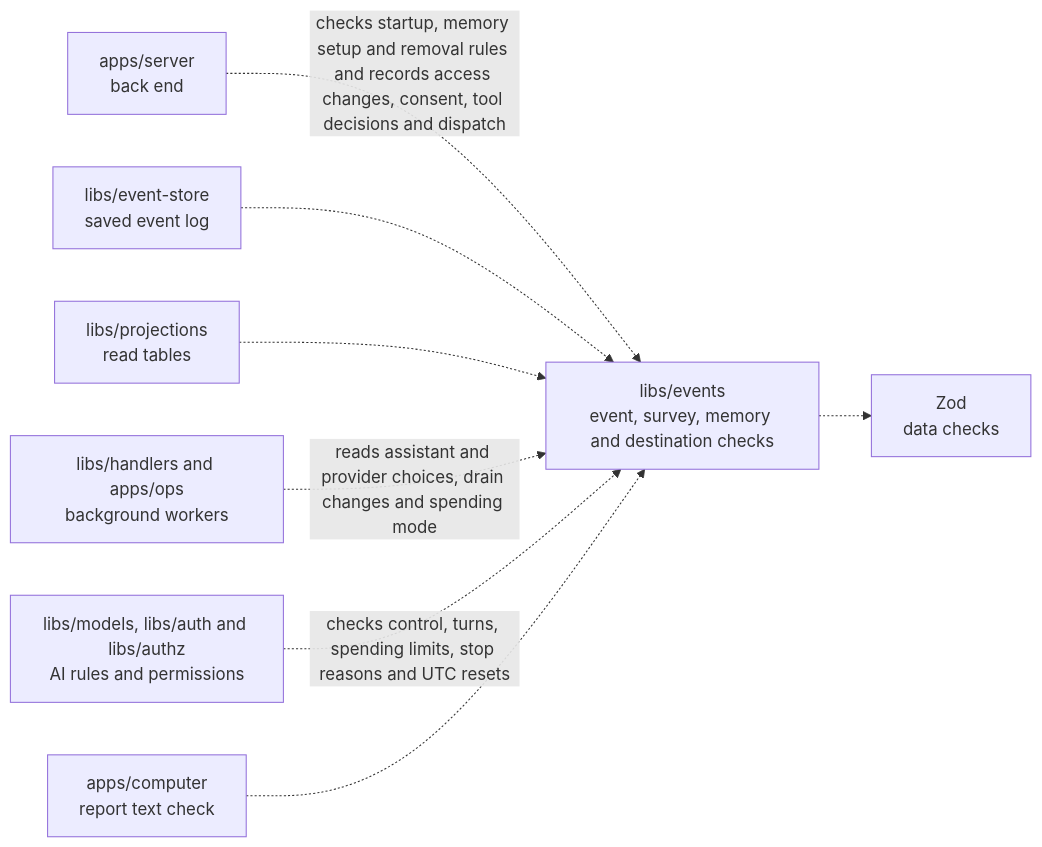
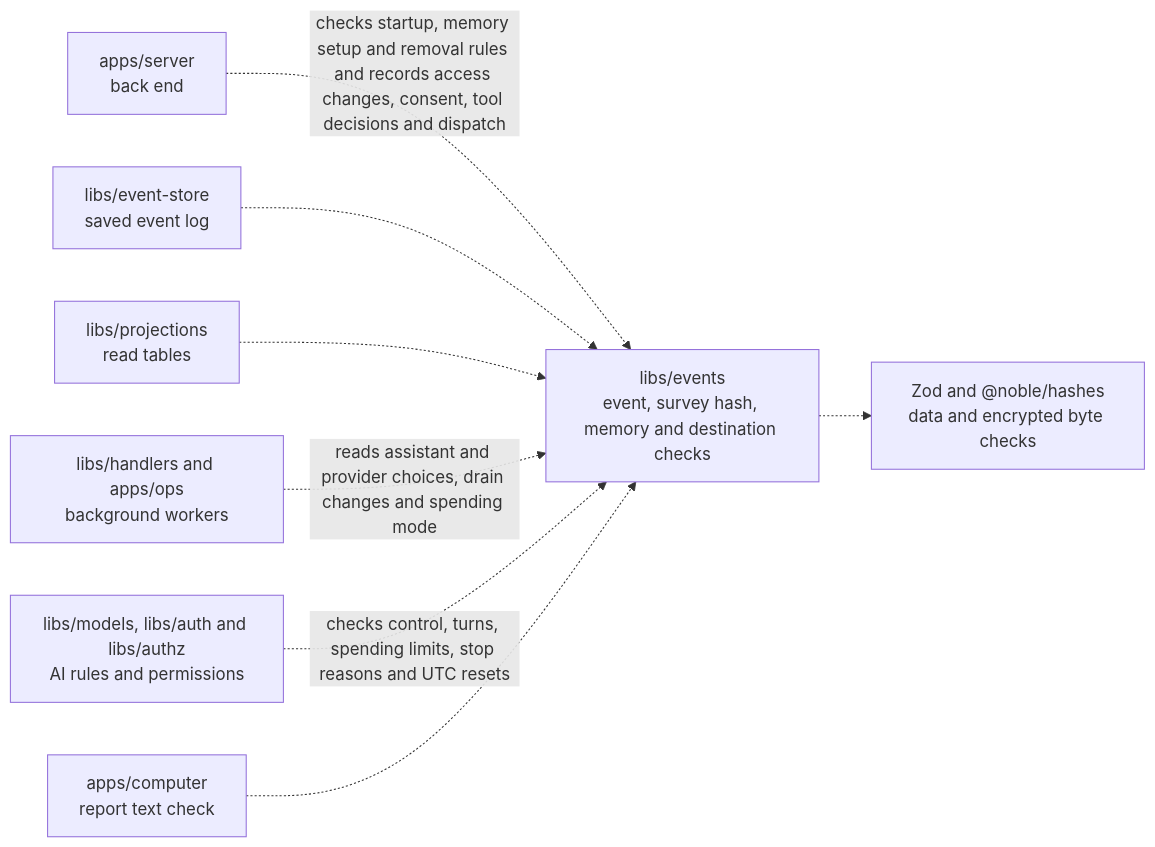
Before and after one commit to elewa-git/opencrane-new: the diagram in libs/events/README.md, drawn with Mermaid. The commit also changed other lines of this file and 13 other files, not shown here.

Commit message:
🔒 Check and retain encrypted survey content digests

````diff
--- a/libs/events/README.md
+++ b/libs/events/README.md
@@ -23,10 +24,10 @@
 ```mermaid
 flowchart LR
-  server["apps/server<br/>back end"] -.->|checks startup, memory setup and removal rules and records access changes, consent, tool decisions and dispatch| events["libs/events<br/>event, survey, memory and destination checks"]
+  server["apps/server<br/>back end"] -.->|checks startup, memory setup and removal rules and records access changes, consent, tool decisions and dispatch| events["libs/events<br/>event, survey hash, memory and destination checks"]
   store["libs/event-store<br/>saved event log"] -.-> events
   projections["libs/projections<br/>read tables"] -.-> events
   workers["libs/handlers and apps/ops<br/>background workers"] -.->|reads assistant and provider choices, drain changes and spending mode| events
   others["libs/models, libs/auth and libs/authz<br/>AI rules and permissions"] -.->|checks control, turns, spending limits, stop reasons and UTC resets| events
   computer["apps/computer<br/>report text check"] -.-> events
-  events -.-> zod["Zod<br/>data checks"]
+  events -.-> checks["Zod and @noble/hashes<br/>data and encrypted byte checks"]
 ```
````
